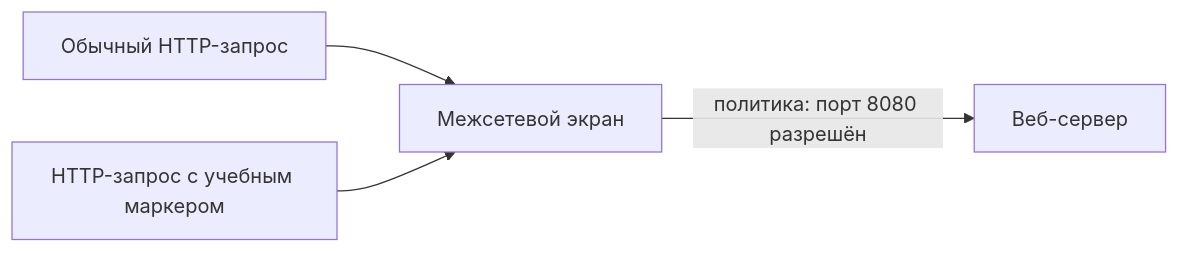
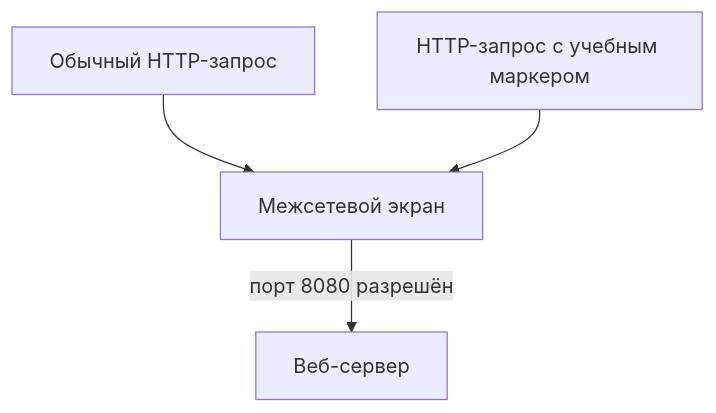
Before and after one commit to 11ndra/spvo: the second of 4 diagrams in docs/course/01-intro.md, drawn with Mermaid. The commit also changed other lines of this file and 11 other files, not shown here.

````diff
--- a/docs/course/01-intro.md
+++ b/docs/course/01-intro.md
@@ -135,6 +138,9 @@
 ```mermaid
-flowchart LR
+flowchart TB
     N["Обычный HTTP-запрос"] --> F["Межсетевой экран"]
     M["HTTP-запрос с учебным маркером"] --> F
-    F -->|политика: порт 8080 разрешён| W["Веб-сервер"]
+    F -->|порт 8080 разрешён| W["Веб-сервер"]
+    class N,M mm-source
+    class F mm-control
+    class W mm-endpoint
 ```
````
